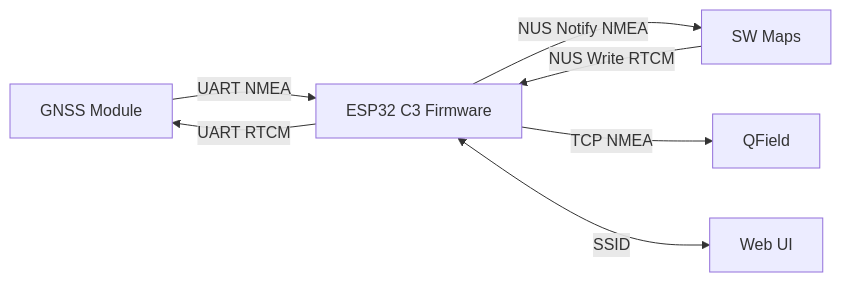
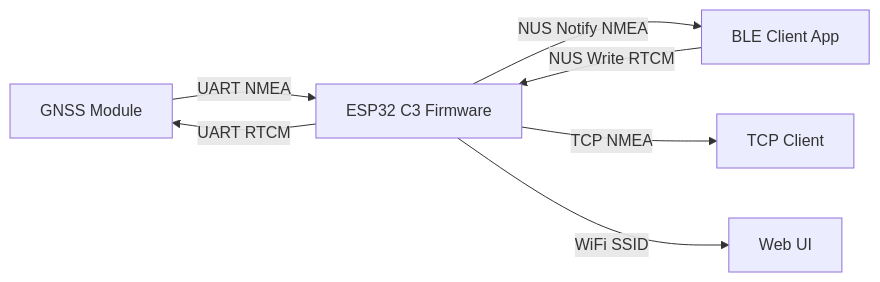
One commit to entr0-pi/gnss changed the diagram in README.md. Above: the diagram before and after it, drawn with Mermaid. The commit also changed other lines of this file, not shown here.

````diff
--- a/README.md
+++ b/README.md
@@ -69,9 +69,9 @@
 ```mermaid
 flowchart LR
   GNSS[GNSS Module] -->|UART NMEA| ESP32C3[ESP32 C3 Firmware]
   ESP32C3 -->|UART RTCM| GNSS
-  ESP32C3 -->|NUS Notify NMEA| USER[SW Maps]
+  ESP32C3 -->|NUS Notify NMEA| USER[BLE Client App]
   USER -->|NUS Write RTCM| ESP32C3
-  ESP32C3 -->|TCP NMEA| TCP[QField]
-  ESP32C3 <-->|SSID| WIFI[Web UI]
+  ESP32C3 -->|TCP NMEA| TCP[TCP Client]
+  ESP32C3 -->|WiFi SSID| WIFI[Web UI]
 ```
````
